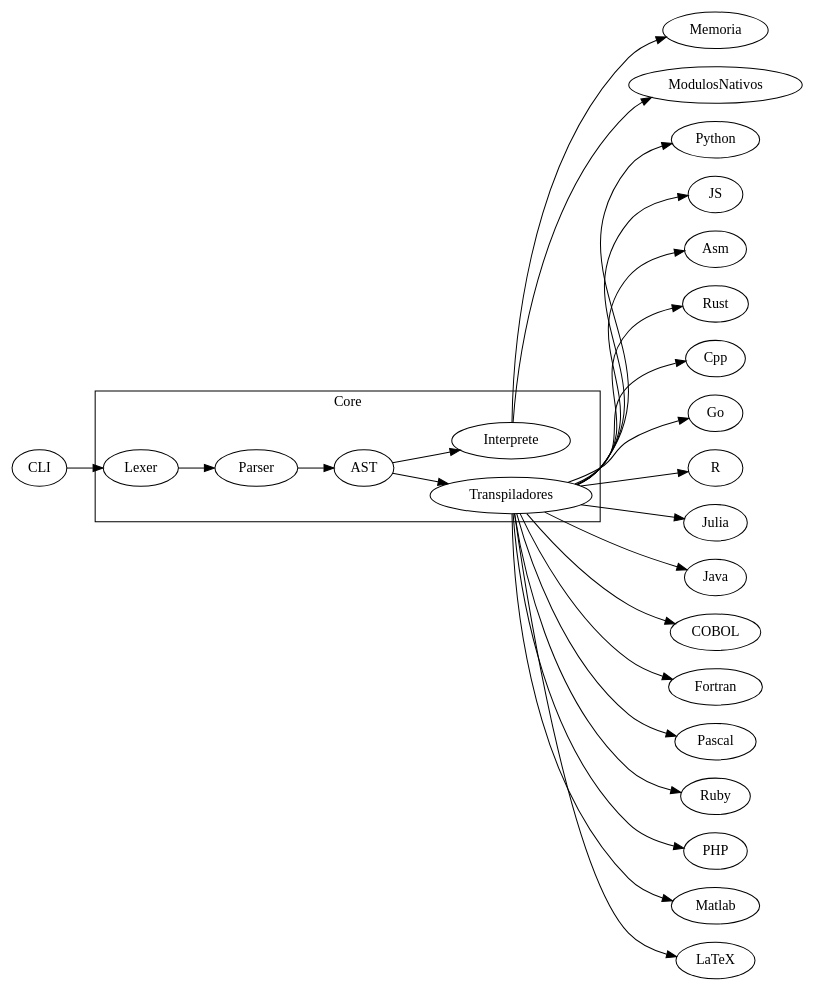
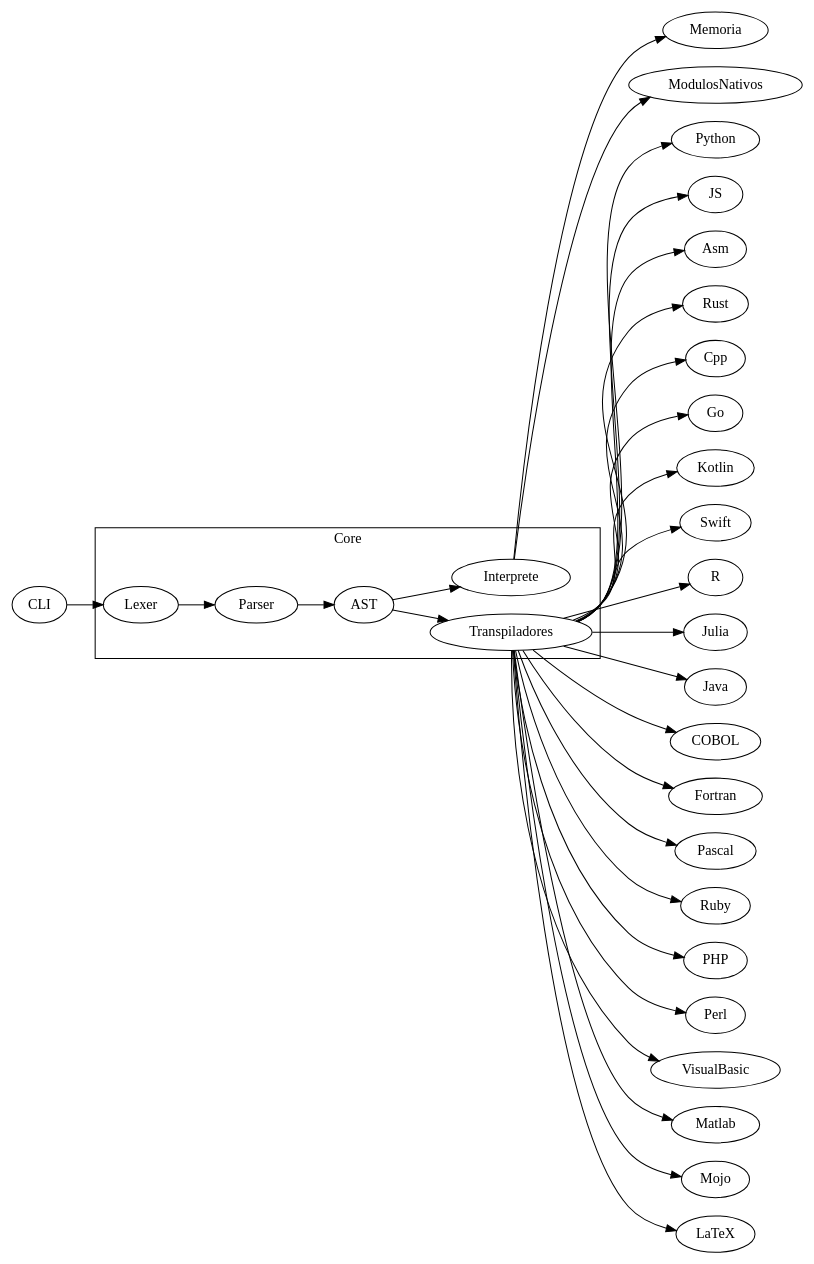
The diagram in frontend/docs/arquitectura.rst (Alphonsus411/pCobra), drawn with Graphviz before and after one commit. The commit also changed other lines of this file and 11 other files, not shown here.

```diff
--- a/frontend/docs/arquitectura.rst
+++ b/frontend/docs/arquitectura.rst
@@ -51,16 +51,16 @@
 .. graphviz::
    :caption: Relación entre los módulos
 
    digraph cobra {
        rankdir=LR;
        subgraph cluster_core {
            label="Core";
            Lexer -> Parser -> AST;
            AST -> Interprete;
            AST -> Transpiladores;
        }
        CLI -> Lexer;
    Interprete -> Memoria;
    Interprete -> ModulosNativos;
-   Transpiladores -> {Python JS Asm Rust Cpp Go R Julia Java COBOL Fortran Pascal Ruby PHP Matlab LaTeX};
+   Transpiladores -> {Python JS Asm Rust Cpp Go Kotlin Swift R Julia Java COBOL Fortran Pascal Ruby PHP Perl VisualBasic Matlab Mojo LaTeX};
    }
```
